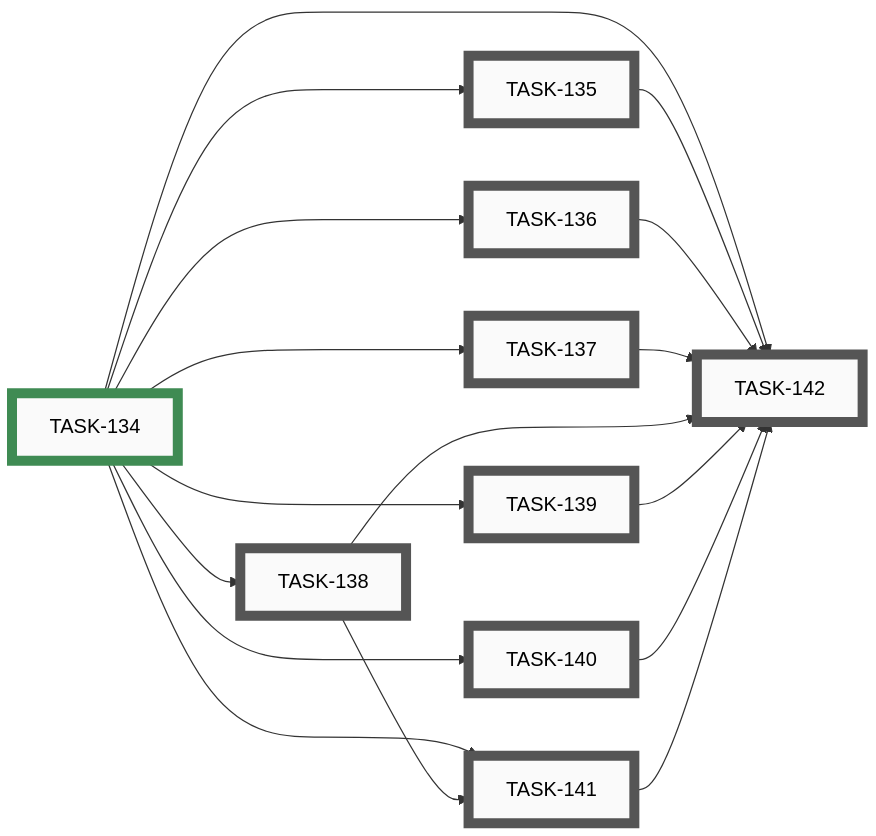
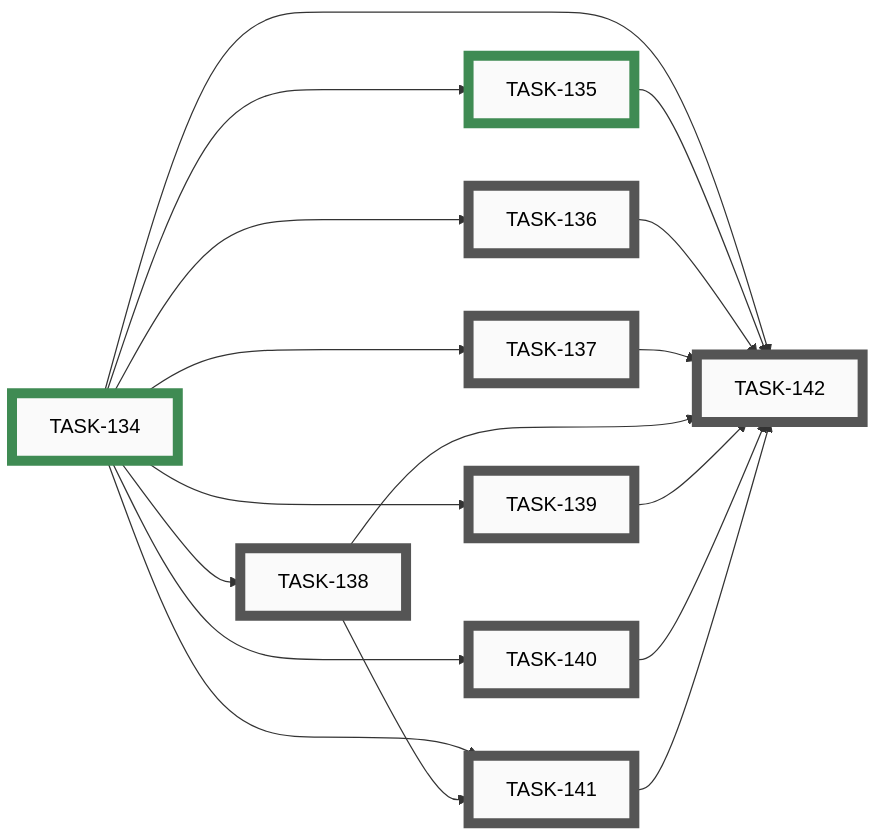
Diagram 15 of 16 in docs/developers/tasks/EPICS.md (tgd1975/CircuitSmith), drawn with Mermaid before and after one commit. The commit also changed other lines of this file and 4 other files, not shown here.

First line of the commit message:
close TASK-135: walk IDEA-001 components dossier against shipped library

````diff
--- a/docs/developers/tasks/EPICS.md
+++ b/docs/developers/tasks/EPICS.md
@@ -968,45 +968,45 @@
 ```mermaid
 graph LR
-    TASK_135["TASK-135"]:::open
     TASK_136["TASK-136"]:::open
     TASK_137["TASK-137"]:::open
     TASK_138["TASK-138"]:::open
     TASK_139["TASK-139"]:::open
     TASK_140["TASK-140"]:::open
     TASK_141["TASK-141"]:::open
     TASK_142["TASK-142"]:::open
     TASK_134["TASK-134"]:::closed
-    TASK_134 --> TASK_135
+    TASK_135["TASK-135"]:::closed
     TASK_134 --> TASK_136
     TASK_134 --> TASK_137
     TASK_134 --> TASK_138
     TASK_134 --> TASK_139
     TASK_134 --> TASK_140
     TASK_134 --> TASK_141
     TASK_138 --> TASK_141
     TASK_134 --> TASK_142
     TASK_135 --> TASK_142
     TASK_136 --> TASK_142
     TASK_137 --> TASK_142
     TASK_138 --> TASK_142
     TASK_139 --> TASK_142
     TASK_140 --> TASK_142
     TASK_141 --> TASK_142
-    click TASK_135 "open/task-135-dossier-components-walk.md"
+    TASK_134 --> TASK_135
     click TASK_136 "open/task-136-dossier-yaml-format-walk.md"
     click TASK_137 "open/task-137-dossier-layout-engine-walk.md"
     click TASK_138 "open/task-138-dossier-erc-engine-walk.md"
     click TASK_139 "open/task-139-dossier-exporters-walk.md"
     click TASK_140 "open/task-140-dossier-rule-catalog-walk.md"
     click TASK_141 "open/task-141-dossier-skill-packaging-walk.md"
     click TASK_142 "open/task-142-dossier-cross-repo-cleanup-and-close-out.md"
     click TASK_134 "closed/task-134-dossier-phase-plan-walk.md"
+    click TASK_135 "closed/task-135-dossier-components-walk.md"
     classDef open    fill:#FAFAFA,stroke:#555,stroke-width:8px,color:#000
     classDef active  fill:#FAFAFA,stroke:#1A6FA8,stroke-width:8px,color:#000
     classDef closed  fill:#FAFAFA,stroke:#3F8B53,stroke-width:8px,color:#000
     classDef paused  fill:#FAFAFA,stroke:#B07810,stroke-width:8px,color:#000
     classDef openExt    fill:#000,stroke:#888,stroke-width:8px,color:#FFF
     classDef activeExt  fill:#000,stroke:#3FA9F5,stroke-width:8px,color:#FFF
     classDef closedExt  fill:#000,stroke:#7CC68A,stroke-width:8px,color:#FFF
     classDef pausedExt  fill:#000,stroke:#F0B030,stroke-width:8px,color:#FFF
 ```
````
